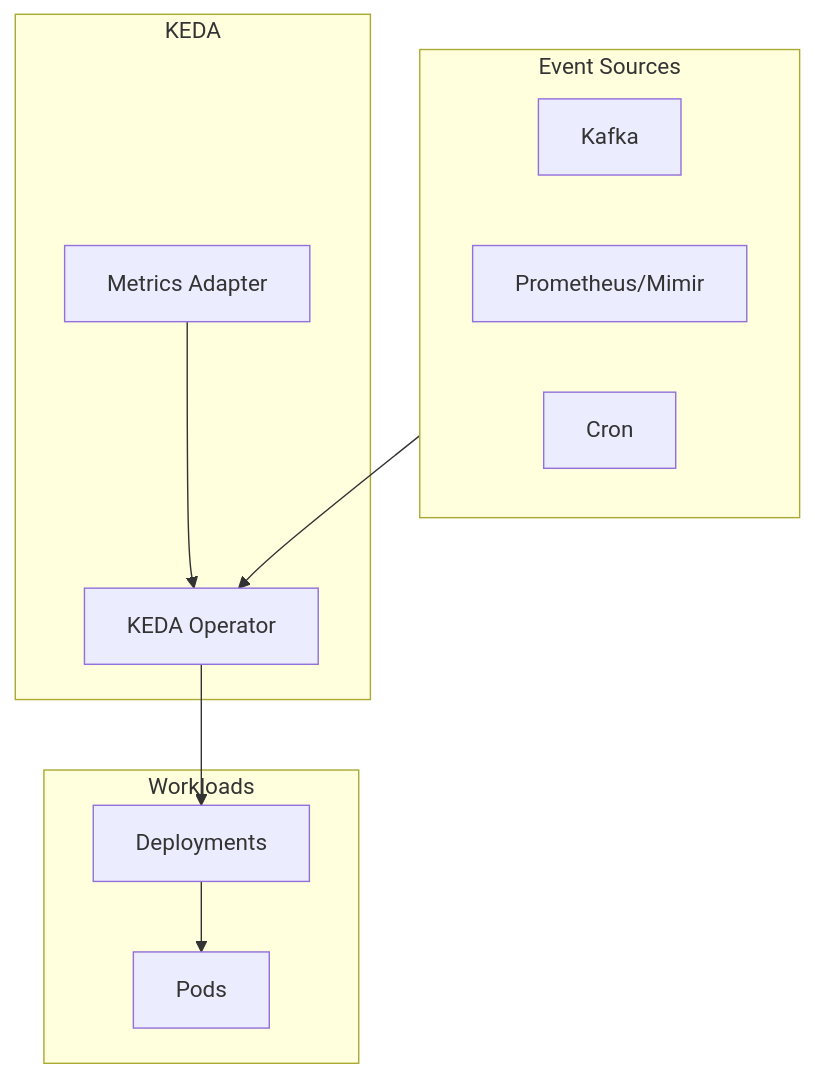
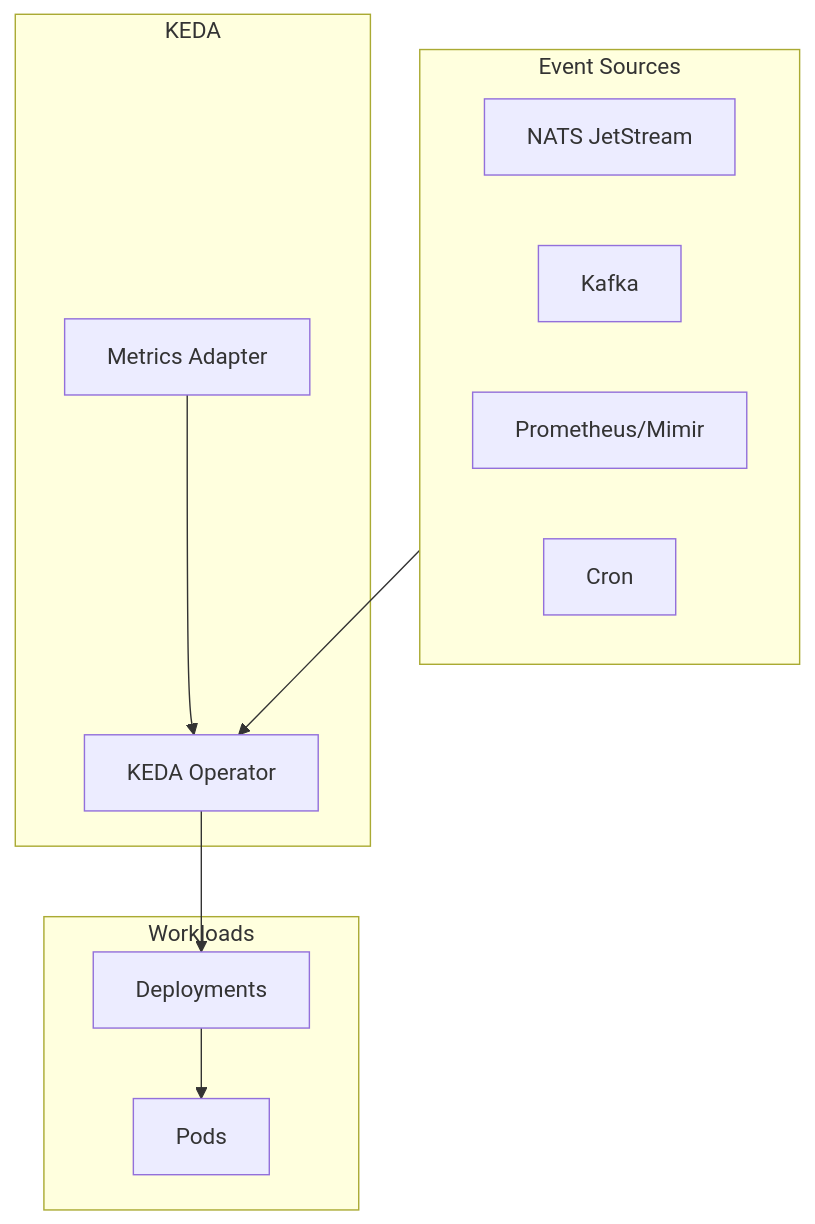
The first of 2 diagrams in platform/keda/README.md (openova-io/openova), drawn with Mermaid before and after one commit. The commit also changed other lines of this file and 101 other files, not shown here.

````diff
--- a/platform/keda/README.md
+++ b/platform/keda/README.md
@@ -21,23 +21,24 @@
 ```mermaid
 flowchart TB
     subgraph KEDA["KEDA"]
         Operator[KEDA Operator]
         Metrics[Metrics Adapter]
     end
 
     subgraph Sources["Event Sources"]
+        NATS[NATS JetStream]
         Kafka[Kafka]
         Prometheus[Prometheus/Mimir]
         Cron[Cron]
     end
 
     subgraph Workloads["Workloads"]
         Deploy[Deployments]
         Pods[Pods]
     end
 
     Sources --> Operator
     Operator --> Deploy
     Deploy --> Pods
     Metrics --> Operator
 ```
````
